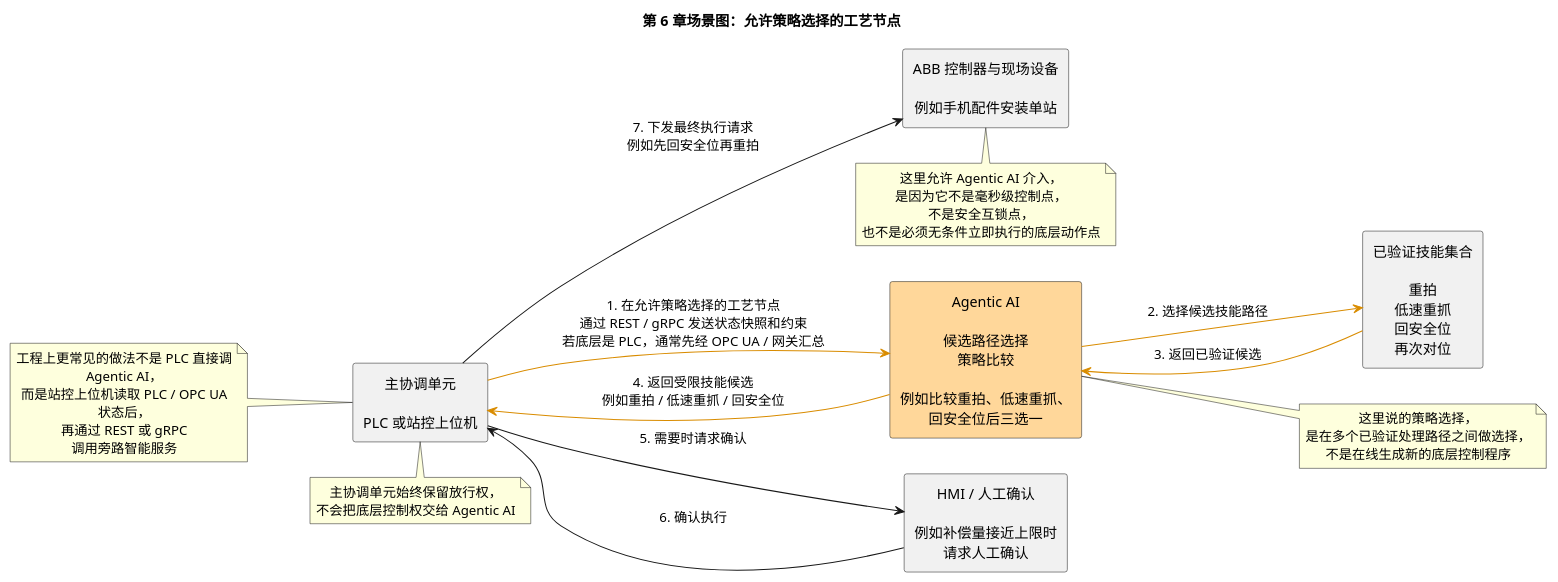
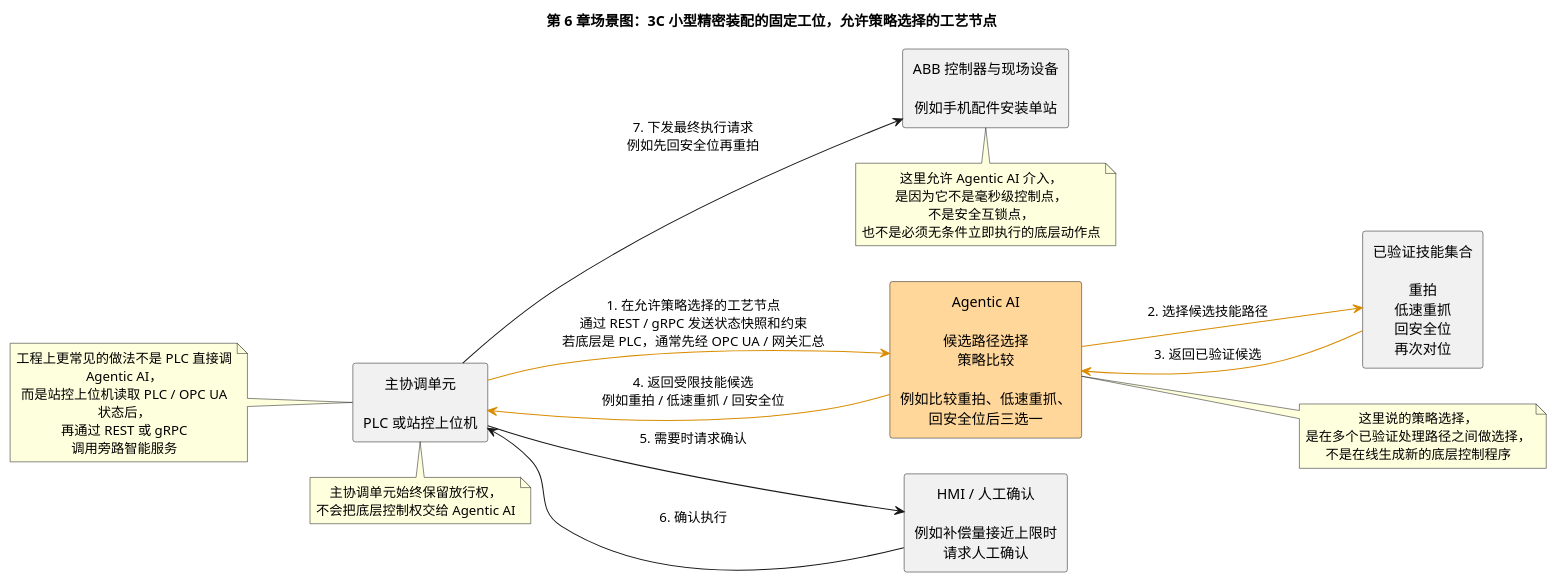
Before and after one commit to coolbeevip/coolbeevip.github.io: the diagram in content/posts/embodied-ai/abb-isaac-agent-flexible-manufacturing-ai-first/diagrams/abb-isaac-agent-flexible-manufacturing-ai-first-06-noncritical-step-strategy-selection.puml, drawn with PlantUML. The commit also changed 4 other files, not shown here.

```diff
--- a/content/posts/embodied-ai/abb-isaac-agent-flexible-manufacturing-ai-first/diagrams/abb-isaac-agent-flexible-manufacturing-ai-first-06-noncritical-step-strategy-selection.puml
+++ b/content/posts/embodied-ai/abb-isaac-agent-flexible-manufacturing-ai-first/diagrams/abb-isaac-agent-flexible-manufacturing-ai-first-06-noncritical-step-strategy-selection.puml
@@ -1,46 +1,46 @@
 @startuml
-title 第 6 章场景图：允许策略选择的工艺节点
+title 第 6 章场景图：3C 小型精密装配的固定工位，允许策略选择的工艺节点
 left to right direction
 skinparam shadowing false
 skinparam packageStyle rectangle
 skinparam defaultTextAlignment center
 skinparam wrapWidth 220
 
 rectangle "主协调单元\n\nPLC 或站控上位机" as LOOP
 rectangle "Agentic AI\n\n候选路径选择\n策略比较\n\n例如比较重拍、低速重抓、\n回安全位后三选一" as APP #FFD79A
 rectangle "已验证技能集合\n\n重拍\n低速重抓\n回安全位\n再次对位" as SKILL
 rectangle "ABB 控制器与现场设备\n\n例如手机配件安装单站" as EXEC
 rectangle "HMI / 人工确认\n\n例如补偿量接近上限时\n请求人工确认" as HMI
 
 LOOP -[#D98C00]-> APP : 1. 在允许策略选择的工艺节点\n通过 REST / gRPC 发送状态快照和约束\n若底层是 PLC，通常先经 OPC UA / 网关汇总
 APP -[#D98C00]-> SKILL : 2. 选择候选技能路径
 SKILL -[#D98C00]-> APP : 3. 返回已验证候选
 APP -[#D98C00]-> LOOP : 4. 返回受限技能候选\n例如重拍 / 低速重抓 / 回安全位
 LOOP --> HMI : 5. 需要时请求确认
 HMI --> LOOP : 6. 确认执行
 LOOP --> EXEC : 7. 下发最终执行请求\n例如先回安全位再重拍
 
 note bottom of LOOP
 主协调单元始终保留放行权，
 不会把底层控制权交给 Agentic AI
 end note
 
 note left of LOOP
 工程上更常见的做法不是 PLC 直接调 Agentic AI，
 而是站控上位机读取 PLC / OPC UA 状态后，
 再通过 REST 或 gRPC 调用旁路智能服务
 end note
 
 note right of APP
 这里说的策略选择，
 是在多个已验证处理路径之间做选择，
 不是在线生成新的底层控制程序
 end note
 
 note bottom of EXEC
 这里允许 Agentic AI 介入，
 是因为它不是毫秒级控制点，
 不是安全互锁点，
 也不是必须无条件立即执行的底层动作点
 end note
 @enduml
```
